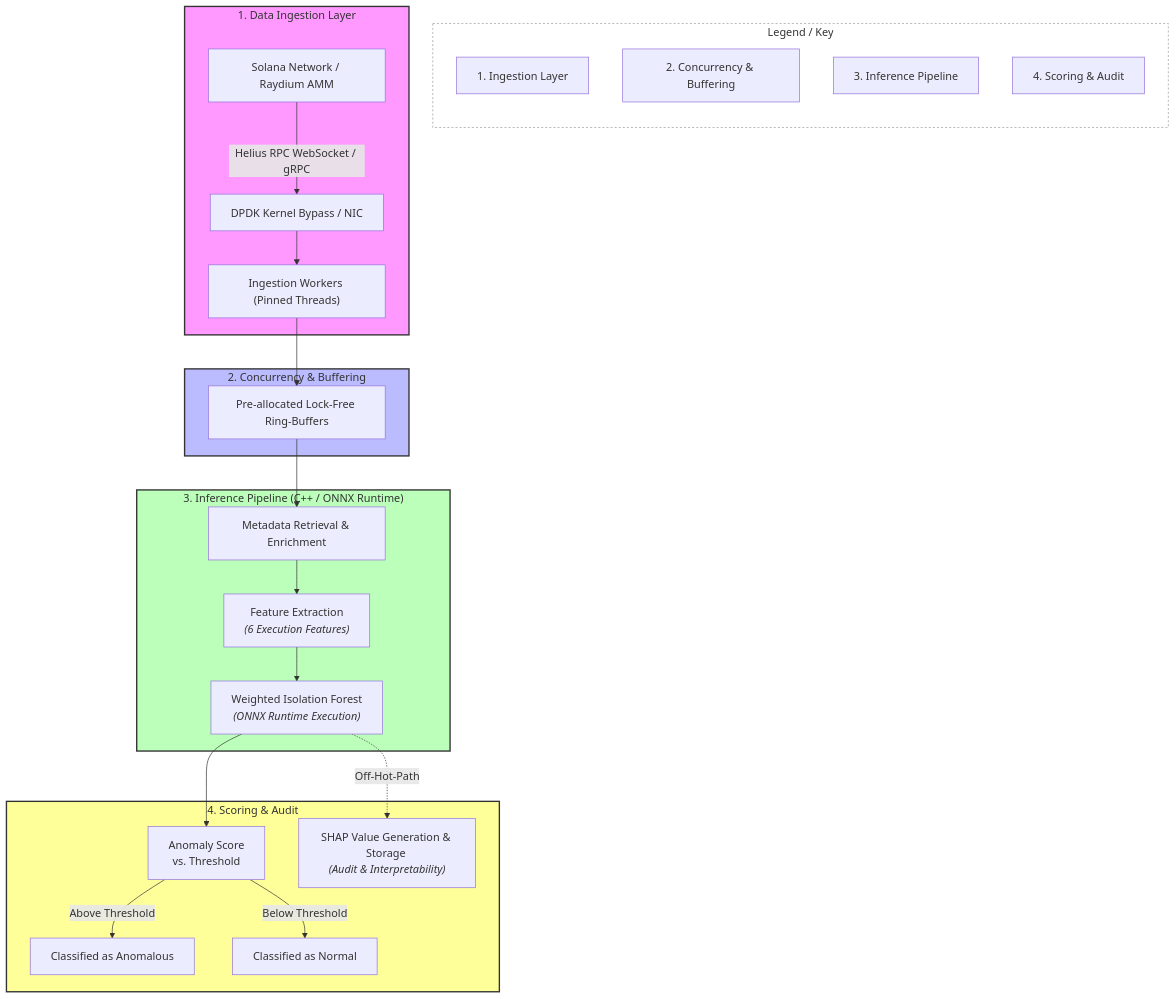
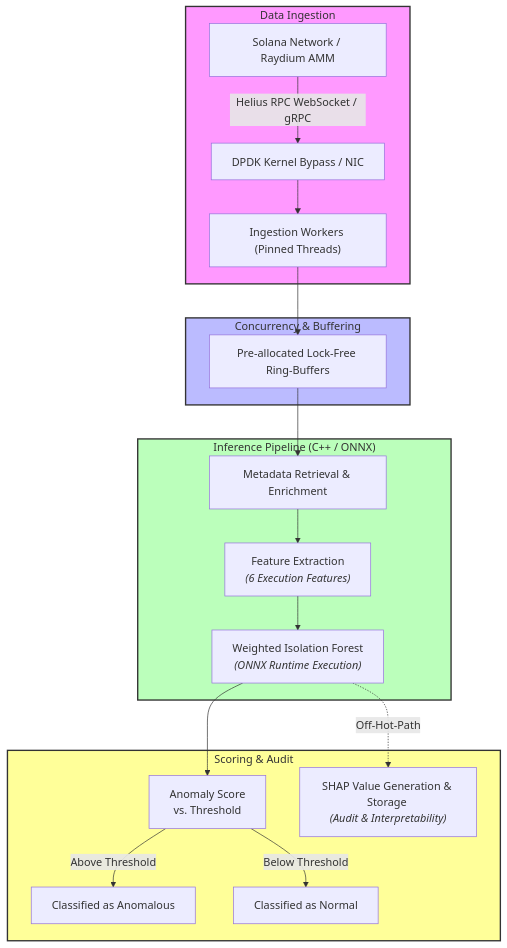
The diagram in README.md (MilanSuri/CSC561Final), drawn with Mermaid before and after one commit.

Commit message:
Update README with project details and architecture

````diff
--- a/README.md
+++ b/README.md
@@ -25,41 +25,32 @@
 ```mermaid
 graph TD
-    subgraph Key ["Legend / Key"]
-        direction TB
-        K1["1. Ingestion Layer"]
-        K2["2. Concurrency & Buffering"]
-        K3["3. Inference Pipeline"]
-        K4["4. Scoring & Audit"]
-    end
-
-    subgraph Ingestion ["1. Data Ingestion Layer"]
+    subgraph Ingestion ["Data Ingestion"]
         A[Solana Network / Raydium AMM] -->|Helius RPC WebSocket / gRPC| B[DPDK Kernel Bypass / NIC]
         B --> C["Ingestion Workers (Pinned Threads)"]
     end
 
-    subgraph Queue ["2. Concurrency & Buffering"]
+    subgraph Queue ["Concurrency & Buffering"]
         C --> D[Pre-allocated Lock-Free Ring-Buffers]
     end
 
-    subgraph Inference ["3. Inference Pipeline (C++ / ONNX Runtime)"]
+    subgraph Inference ["Inference Pipeline (C++ / ONNX)"]
         D --> E[Metadata Retrieval & Enrichment]
         E --> F["Feature Extraction <br/><i>(6 Execution Features)</i>"]
         F --> G["Weighted Isolation Forest <br/><i>(ONNX Runtime Execution)</i>"]
     end
 
-    subgraph Output ["4. Scoring & Audit"]
+    subgraph Output ["Scoring & Audit"]
         G --> H["Anomaly Score <br/>vs. Threshold"]
         H -->|Above Threshold| I[Classified as Anomalous]
         H -->|Below Threshold| J[Classified as Normal]
         
         %% Off-path audit
         G -.->|Off-Hot-Path| K["SHAP Value Generation & Storage <br/><i>(Audit & Interpretability)</i>"]
     end
 
     %% Styling
-    style Key fill:#ffffff,stroke:#999,stroke-width:1px,stroke-dasharray: 3 3
     style Ingestion fill:#f9f,stroke:#333,stroke-width:2px
     style Queue fill:#bbf,stroke:#333,stroke-width:2px
     style Inference fill:#bfb,stroke:#333,stroke-width:2px
     style Output fill:#ff9,stroke:#333,stroke-width:2px
 ```
````
